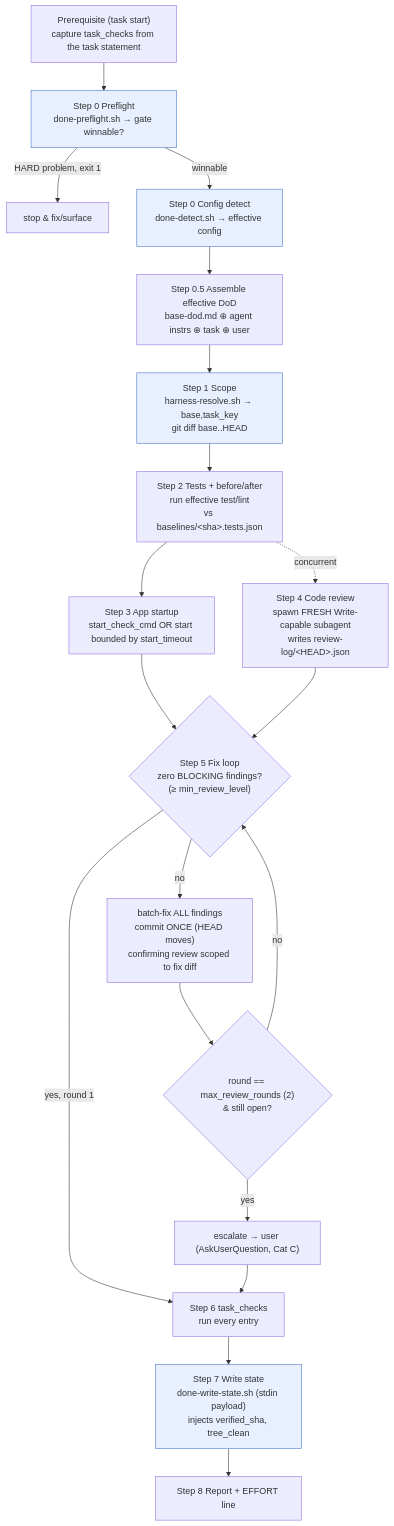
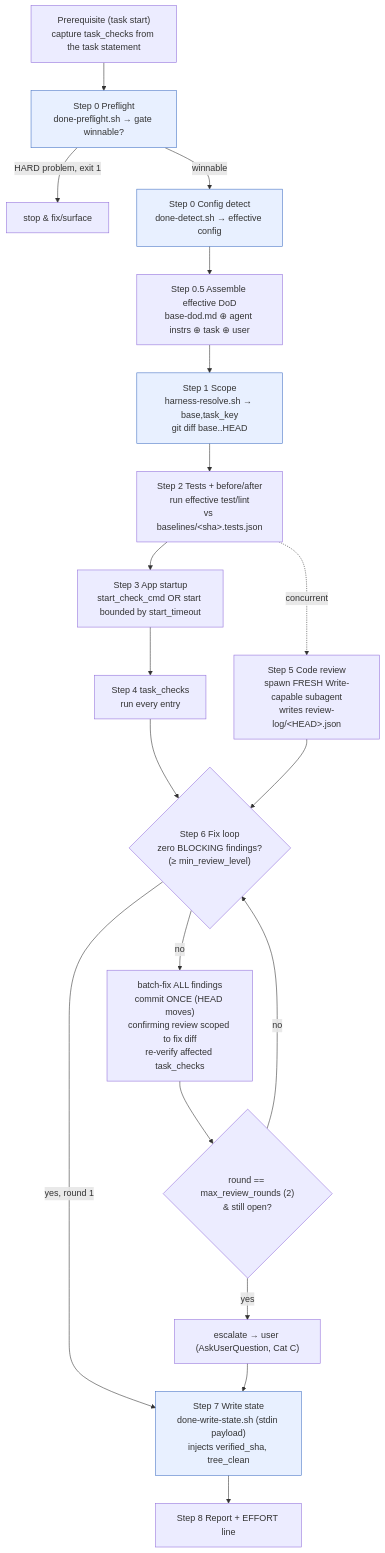
Before and after one commit to pehota/harlo: the third of 10 diagrams in docs/architecture.md, drawn with Mermaid. The commit also changed other lines of this file and 2 other files, not shown here.

First line of the commit message:
refactor(harness): run task_checks before code review in /done

````diff
--- a/docs/architecture.md
+++ b/docs/architecture.md
@@ -166,24 +166,24 @@
 ```mermaid
 flowchart TD
   P["Prerequisite (task start)<br/>capture task_checks from the task statement"] --> S0PF
   S0PF["Step 0 Preflight<br/>done-preflight.sh → gate winnable?"] -->|HARD problem, exit 1| STOP["stop & fix/surface"]
   S0PF -->|winnable| S0["Step 0 Config detect<br/>done-detect.sh → effective config"]
   S0 --> S05["Step 0.5 Assemble effective DoD<br/>base-dod.md ⊕ agent instrs ⊕ task ⊕ user"]
   S05 --> S1["Step 1 Scope<br/>harness-resolve.sh → base,task_key<br/>git diff base..HEAD"]
   S1 --> S2["Step 2 Tests + before/after<br/>run effective test/lint<br/>vs baselines/&lt;sha&gt;.tests.json"]
   S2 --> S3["Step 3 App startup<br/>start_check_cmd OR start bounded by start_timeout"]
-  S2 -.concurrent.-> S4["Step 4 Code review<br/>spawn FRESH Write-capable subagent<br/>writes review-log/&lt;HEAD&gt;.json"]
-  S3 --> S5
-  S4 --> S5{"Step 5 Fix loop<br/>zero BLOCKING findings?<br/>(≥ min_review_level)"}
-  S5 -->|yes, round 1| S6["Step 6 task_checks<br/>run every entry"]
-  S5 -->|no| FIX["batch-fix ALL findings<br/>commit ONCE (HEAD moves)<br/>confirming review scoped to fix diff"]
+  S3 --> S4["Step 4 task_checks<br/>run every entry"]
+  S2 -.concurrent.-> S5["Step 5 Code review<br/>spawn FRESH Write-capable subagent<br/>writes review-log/&lt;HEAD&gt;.json"]
+  S4 --> S6
+  S5 --> S6{"Step 6 Fix loop<br/>zero BLOCKING findings?<br/>(≥ min_review_level)"}
+  S6 -->|yes, round 1| S7
+  S6 -->|no| FIX["batch-fix ALL findings<br/>commit ONCE (HEAD moves)<br/>confirming review scoped to fix diff<br/>re-verify affected task_checks"]
   FIX --> CAP{"round == max_review_rounds (2)<br/>& still open?"}
-  CAP -->|no| S5
+  CAP -->|no| S6
   CAP -->|yes| ESC["escalate → user (AskUserQuestion, Cat C)"]
-  ESC --> S6
-  S6 --> S7["Step 7 Write state<br/>done-write-state.sh (stdin payload)<br/>injects verified_sha, tree_clean"]
-  S7 --> S8["Step 8 Report + EFFORT line"]
+  ESC --> S7
+  S7["Step 7 Write state<br/>done-write-state.sh (stdin payload)<br/>injects verified_sha, tree_clean"] --> S8["Step 8 Report + EFFORT line"]
 
   classDef script fill:#e8f0ff,stroke:#4472c4;
   class S0PF,S0,S1,S7 script;
 ```
````
